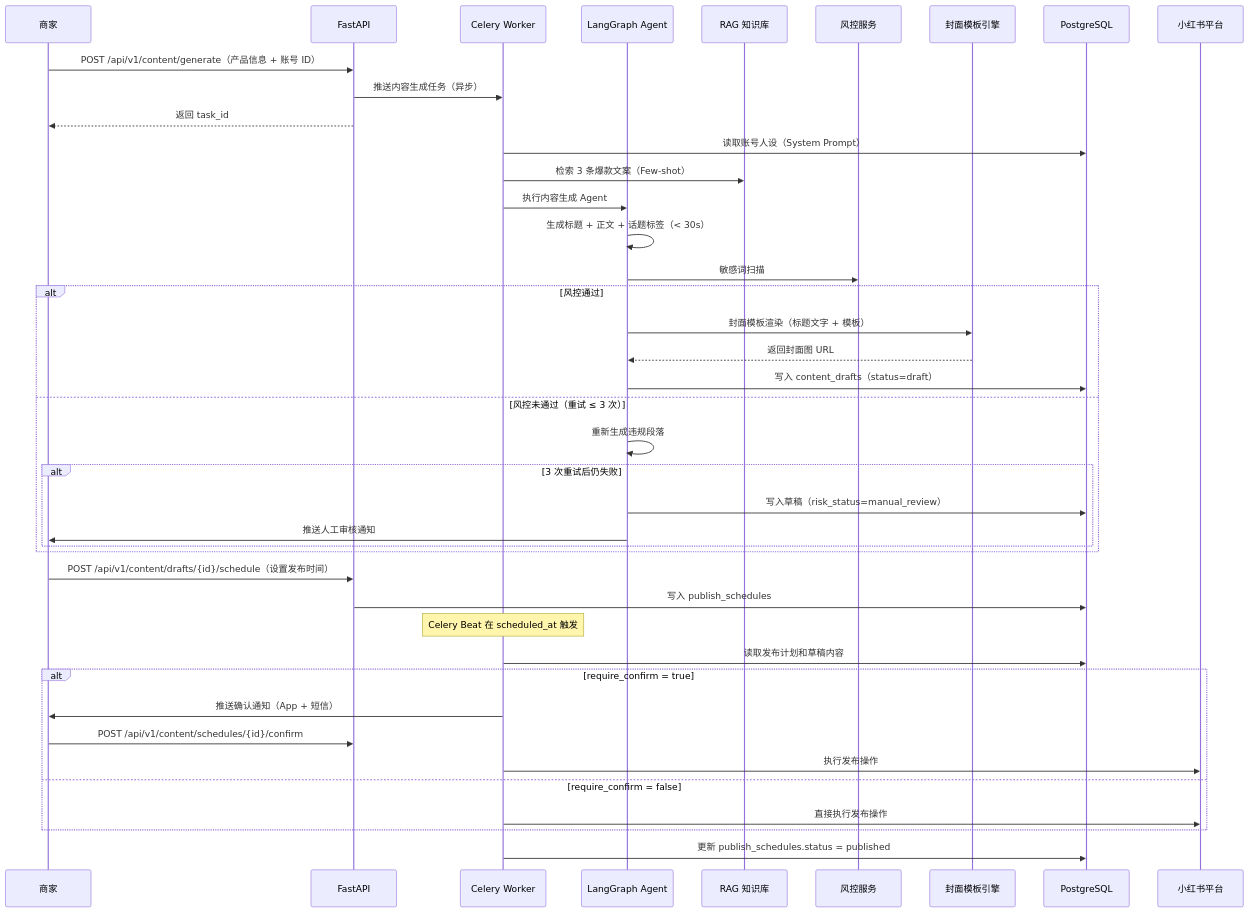
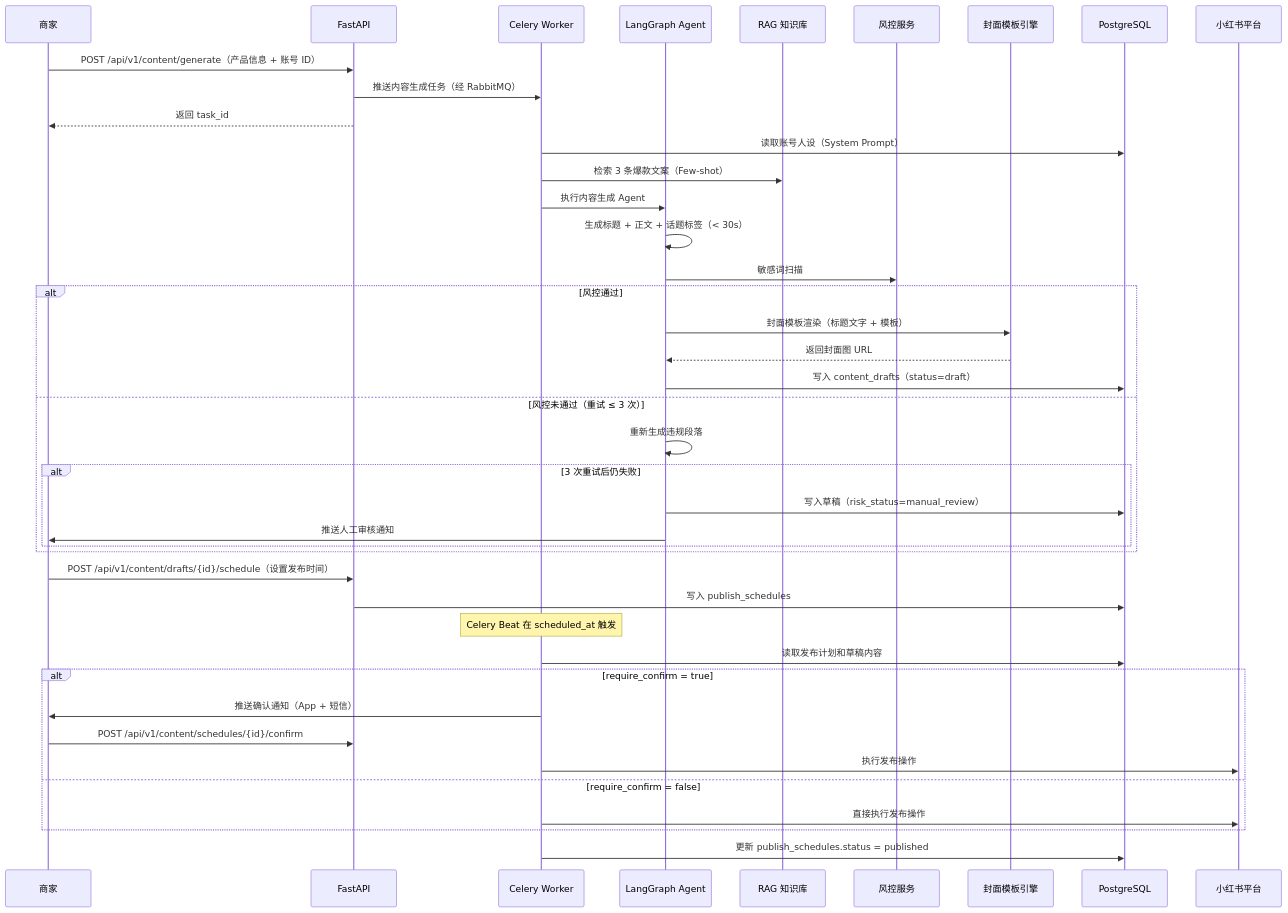
The third of 4 diagrams in .kiro/specs/architecture.md (PGK-13/Red-Book-Agent), drawn with Mermaid before and after one commit. The commit also changed other lines of this file, not shown here.

First line of the commit message:
docs(architecture): add RabbitMQ to async task layer and update messaging strategy

````diff
--- a/.kiro/specs/architecture.md
+++ b/.kiro/specs/architecture.md
@@ -601,48 +604,48 @@
 ```mermaid
 sequenceDiagram
     participant M as 商家
     participant API as FastAPI
     participant CW as Celery Worker
     participant LG as LangGraph Agent
     participant RAG as RAG 知识库
     participant RS as 风控服务
     participant TE as 封面模板引擎
     participant DB as PostgreSQL
     participant XHS as 小红书平台
 
     M->>API: POST /api/v1/content/generate（产品信息 + 账号 ID）
-    API->>CW: 推送内容生成任务（异步）
+    API->>CW: 推送内容生成任务（经 RabbitMQ）
     API-->>M: 返回 task_id
 
     CW->>DB: 读取账号人设（System Prompt）
     CW->>RAG: 检索 3 条爆款文案（Few-shot）
     CW->>LG: 执行内容生成 Agent
     LG->>LG: 生成标题 + 正文 + 话题标签（< 30s）
     LG->>RS: 敏感词扫描
 
     alt 风控通过
         LG->>TE: 封面模板渲染（标题文字 + 模板）
         TE-->>LG: 返回封面图 URL
         LG->>DB: 写入 content_drafts（status=draft）
     else 风控未通过（重试 ≤ 3 次）
         LG->>LG: 重新生成违规段落
         alt 3 次重试后仍失败
             LG->>DB: 写入草稿（risk_status=manual_review）
             LG->>M: 推送人工审核通知
         end
     end
 
     M->>API: POST /api/v1/content/drafts/{id}/schedule（设置发布时间）
     API->>DB: 写入 publish_schedules
 
     Note over CW: Celery Beat 在 scheduled_at 触发
     CW->>DB: 读取发布计划和草稿内容
     alt require_confirm = true
         CW->>M: 推送确认通知（App + 短信）
         M->>API: POST /api/v1/content/schedules/{id}/confirm
         CW->>XHS: 执行发布操作
     else require_confirm = false
         CW->>XHS: 直接执行发布操作
     end
     CW->>DB: 更新 publish_schedules.status = published
 ```
````
